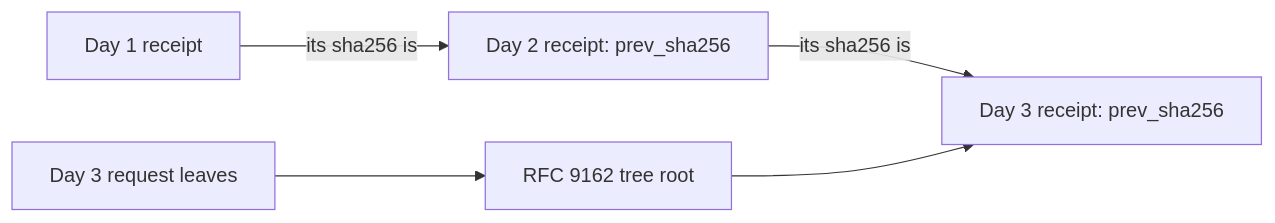
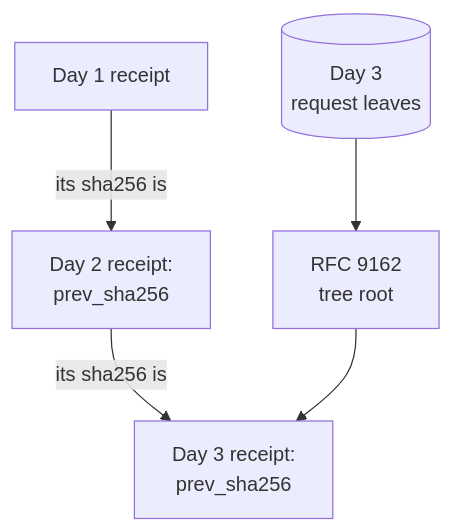
One commit to harshbhx/ratchet changed the fourth of 4 diagrams in docs-site/src/content/docs/guides/evidence.mdx. Above: the diagram before and after it, drawn with Mermaid. The commit also changed other lines of this file and 25 other files, not shown here.

````diff
--- a/docs-site/src/content/docs/guides/evidence.mdx
+++ b/docs-site/src/content/docs/guides/evidence.mdx
@@ -264,7 +311,8 @@
 ```mermaid
-flowchart LR
-  D1["Day 1 receipt"] -->|"its sha256 is"| D2["Day 2 receipt: prev_sha256"]
-  D2 -->|"its sha256 is"| D3["Day 3 receipt: prev_sha256"]
-  L["Day 3 request leaves"] --> T["RFC 9162 tree root"]
+flowchart TB
+  D1["Day 1 receipt"] -->|"its sha256 is"| D2["Day 2 receipt:<br/>prev_sha256"]
+  D2 -->|"its sha256 is"| D3["Day 3 receipt:<br/>prev_sha256"]
+  L[("Day 3<br/>request leaves")] --> T["RFC 9162<br/>tree root"]
   T --> D3
+  class L store
 ```
````
